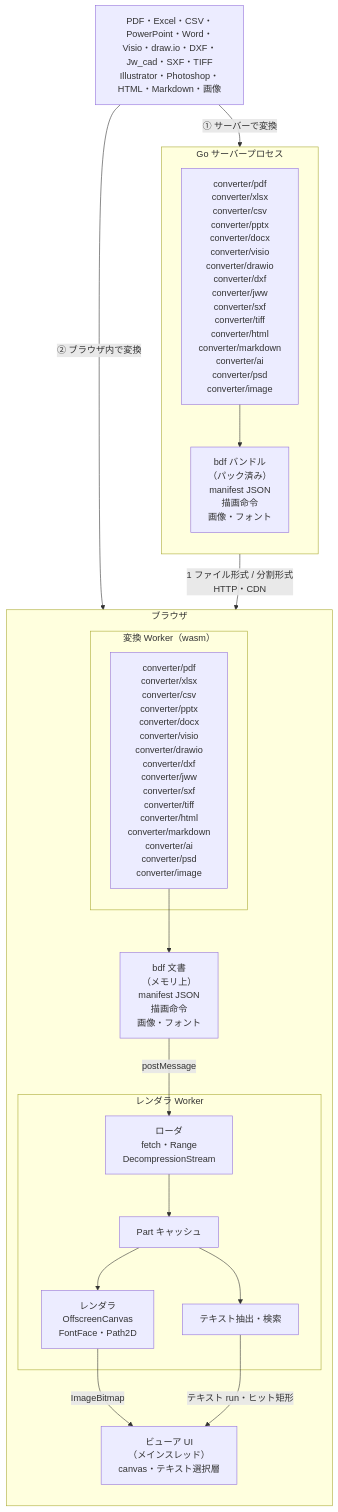
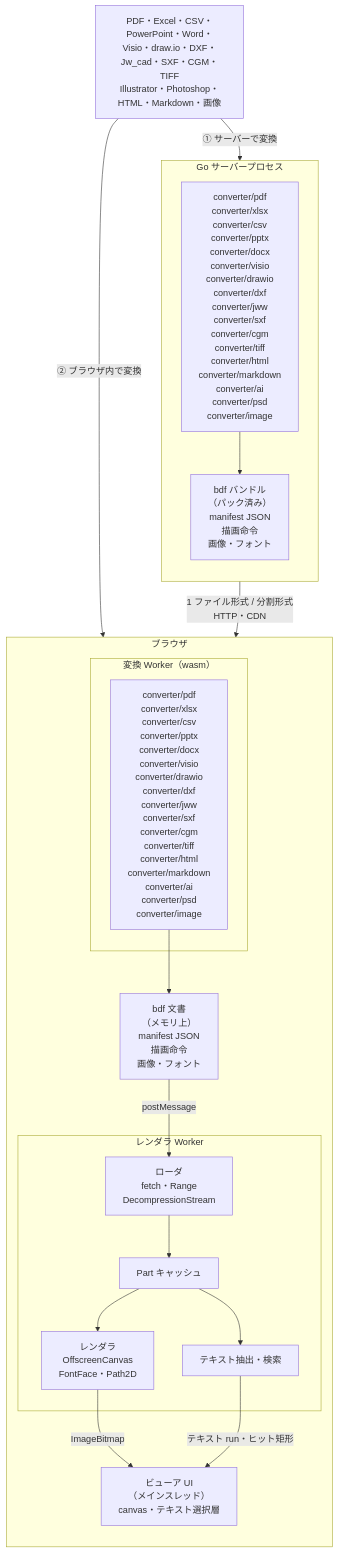
The diagram in README.ja.md (shibukawa/bdf), drawn with Mermaid before and after one commit. The commit also changed other lines of this file and 42 other files, not shown here.

````diff
--- a/README.ja.md
+++ b/README.ja.md
@@ -20,37 +20,37 @@
 ```mermaid
 flowchart TB
-    SRC["PDF・Excel・CSV・PowerPoint・Word・Visio・draw.io・DXF・Jw_cad・SXF・TIFF<br/>Illustrator・Photoshop・HTML・Markdown・画像"]
+    SRC["PDF・Excel・CSV・PowerPoint・Word・Visio・draw.io・DXF・Jw_cad・SXF・CGM・TIFF<br/>Illustrator・Photoshop・HTML・Markdown・画像"]
 
     subgraph SERVER["Go サーバープロセス"]
         direction TB
-        SCONV["converter/pdf<br/>converter/xlsx<br/>converter/csv<br/>converter/pptx<br/>converter/docx<br/>converter/visio<br/>converter/drawio<br/>converter/dxf<br/>converter/jww<br/>converter/sxf<br/>converter/tiff<br/>converter/html<br/>converter/markdown<br/>converter/ai<br/>converter/psd<br/>converter/image"]
+        SCONV["converter/pdf<br/>converter/xlsx<br/>converter/csv<br/>converter/pptx<br/>converter/docx<br/>converter/visio<br/>converter/drawio<br/>converter/dxf<br/>converter/jww<br/>converter/sxf<br/>converter/cgm<br/>converter/tiff<br/>converter/html<br/>converter/markdown<br/>converter/ai<br/>converter/psd<br/>converter/image"]
         BUNDLE["bdf バンドル<br/>（パック済み）<br/>manifest JSON<br/>描画命令<br/>画像・フォント"]
         SCONV --> BUNDLE
     end
 
     subgraph BROWSER["ブラウザ"]
         direction TB
         subgraph CWORKER["変換 Worker（wasm）"]
-            WCONV["converter/pdf<br/>converter/xlsx<br/>converter/csv<br/>converter/pptx<br/>converter/docx<br/>converter/visio<br/>converter/drawio<br/>converter/dxf<br/>converter/jww<br/>converter/sxf<br/>converter/tiff<br/>converter/html<br/>converter/markdown<br/>converter/ai<br/>converter/psd<br/>converter/image"]
+            WCONV["converter/pdf<br/>converter/xlsx<br/>converter/csv<br/>converter/pptx<br/>converter/docx<br/>converter/visio<br/>converter/drawio<br/>converter/dxf<br/>converter/jww<br/>converter/sxf<br/>converter/cgm<br/>converter/tiff<br/>converter/html<br/>converter/markdown<br/>converter/ai<br/>converter/psd<br/>converter/image"]
         end
         PARTS["bdf 文書<br/>（メモリ上）<br/>manifest JSON<br/>描画命令<br/>画像・フォント"]
         subgraph RWORKER["レンダラ Worker"]
             LOADER["ローダ<br/>fetch・Range<br/>DecompressionStream"]
             STORE["Part キャッシュ"]
             RENDER["レンダラ<br/>OffscreenCanvas<br/>FontFace・Path2D"]
             TEXT["テキスト抽出・検索"]
             LOADER --> STORE
             STORE --> RENDER
             STORE --> TEXT
         end
         UI["ビューア UI<br/>（メインスレッド）<br/>canvas・テキスト選択層"]
         WCONV --> PARTS
     end
 
     SRC -- "① サーバーで変換" --> SCONV
     SRC -- "② ブラウザ内で変換" --> WCONV
     BUNDLE -- "1 ファイル形式 / 分割形式<br/>HTTP・CDN" --> LOADER
     PARTS -- "postMessage" --> LOADER
     RENDER -- "ImageBitmap" --> UI
     TEXT -- "テキスト run・ヒット矩形" --> UI
 ```
````
